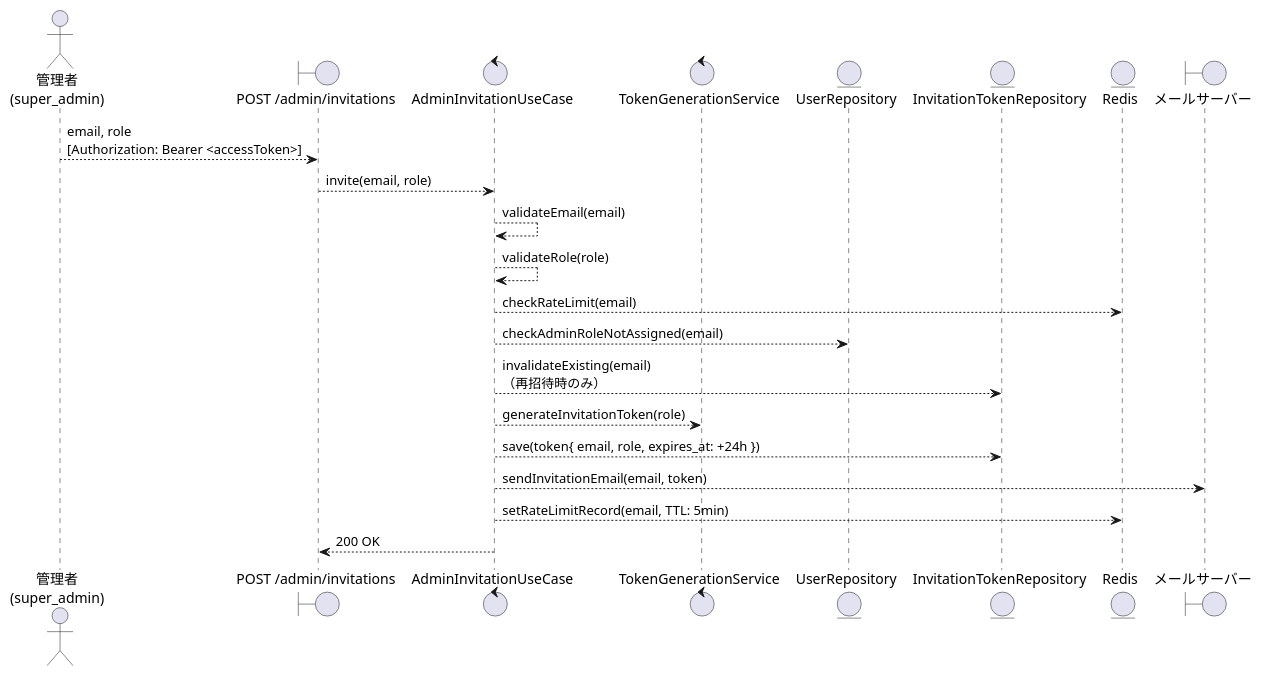
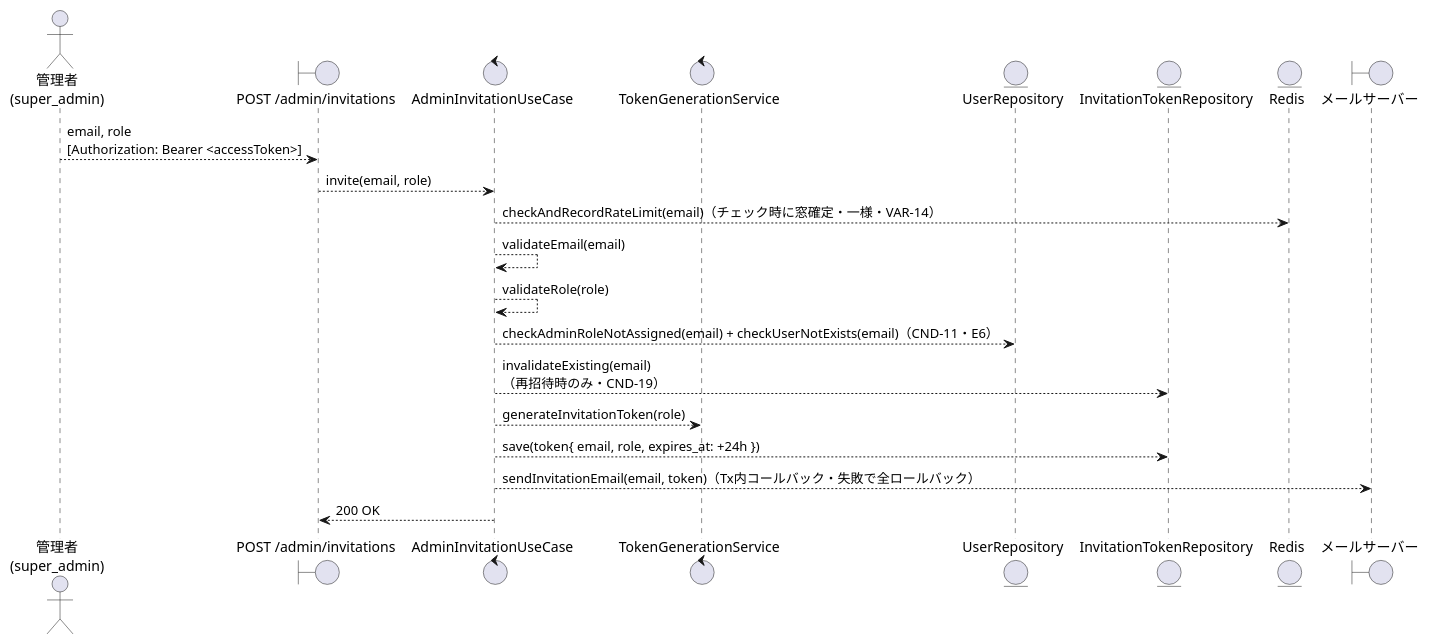
Before and after one commit to suunet/POC_HYDRA_AUTH: the first of 2 diagrams in .docs/design/buc/BUC-A01.md, drawn with PlantUML. The commit also changed other lines of this file and 15 other files, not shown here.

Commit message:
docs(T-019): cycle 1 - 招待系カタログ是正(BUC-A01/A02レート先行・M1/M2・E6・E4-a no-op・CND-19発番・invited除去のstates置換とVAR-14/INF-07/INF-12/NFR-13/FR-13/CND-11是正・図追従)とUC-011/UC-012仕様起草、T-018 E統合(バインド400横断注記・E2文言統一)

````diff
--- a/.docs/design/buc/BUC-A01.md
+++ b/.docs/design/buc/BUC-A01.md
@@ -87,33 +105,32 @@
 ```plantuml
 @startuml
 skinparam componentStyle rectangle
 skinparam backgroundColor White
 
 actor "管理者\n(super_admin)" as 管理者
 
 boundary "POST /admin/invitations" as 招待API
 control "AdminInvitationUseCase" as ユースケース
 control "TokenGenerationService" as トークン生成
 entity "UserRepository" as ユーザーRepo
 entity "InvitationTokenRepository" as 招待トークンRepo
 entity "Redis" as Redis
 boundary "メールサーバー" as メールサーバー
 
 管理者 --> 招待API : email, role\n[Authorization: Bearer <accessToken>]
 
 招待API --> ユースケース : invite(email, role)
 
+ユースケース --> Redis : checkAndRecordRateLimit(email)（チェック時に窓確定・一様・VAR-14）
 ユースケース --> ユースケース : validateEmail(email)
 ユースケース --> ユースケース : validateRole(role)
-ユースケース --> Redis : checkRateLimit(email)
-ユースケース --> ユーザーRepo : checkAdminRoleNotAssigned(email)
-ユースケース --> 招待トークンRepo : invalidateExisting(email)\n（再招待時のみ）
+ユースケース --> ユーザーRepo : checkAdminRoleNotAssigned(email) + checkUserNotExists(email)（CND-11・E6）
+ユースケース --> 招待トークンRepo : invalidateExisting(email)\n（再招待時のみ・CND-19）
 ユースケース --> トークン生成 : generateInvitationToken(role)
 ユースケース --> 招待トークンRepo : save(token{ email, role, expires_at: +24h })
-ユースケース --> メールサーバー : sendInvitationEmail(email, token)
-ユースケース --> Redis : setRateLimitRecord(email, TTL: 5min)
+ユースケース --> メールサーバー : sendInvitationEmail(email, token)（Tx内コールバック・失敗で全ロールバック）
 
 招待API <-- ユースケース : 200 OK
 
 @enduml
 ```
````
